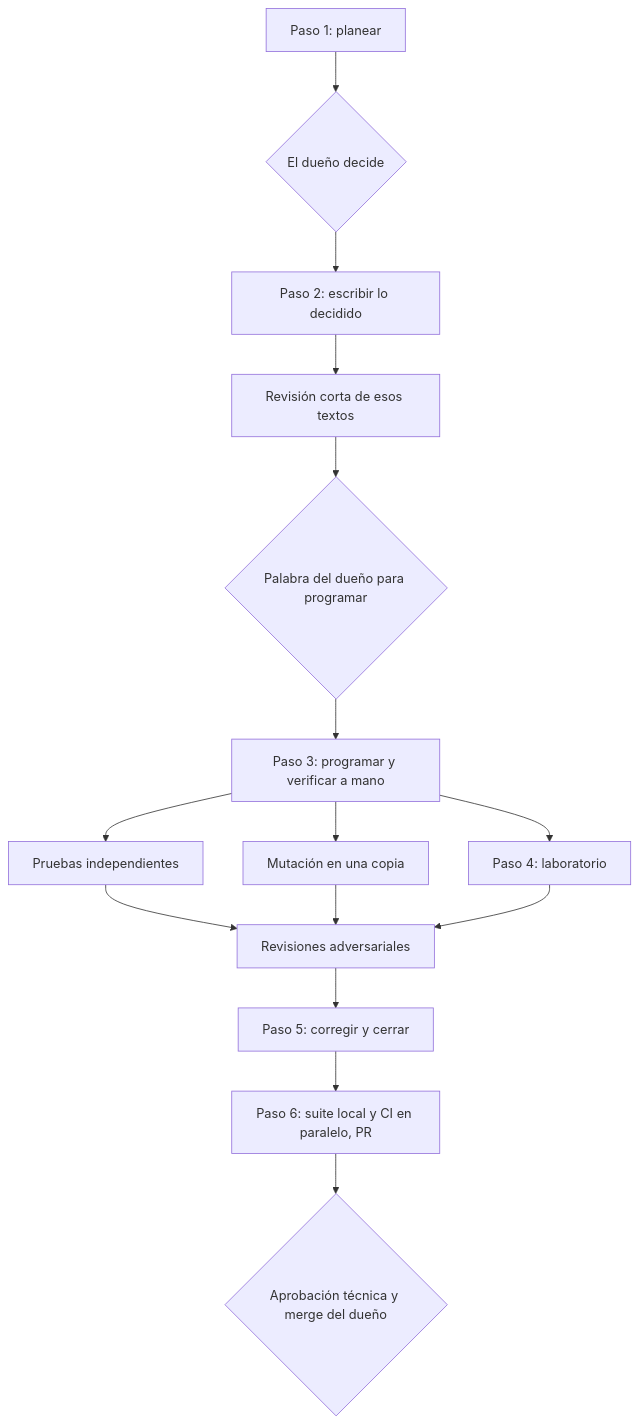
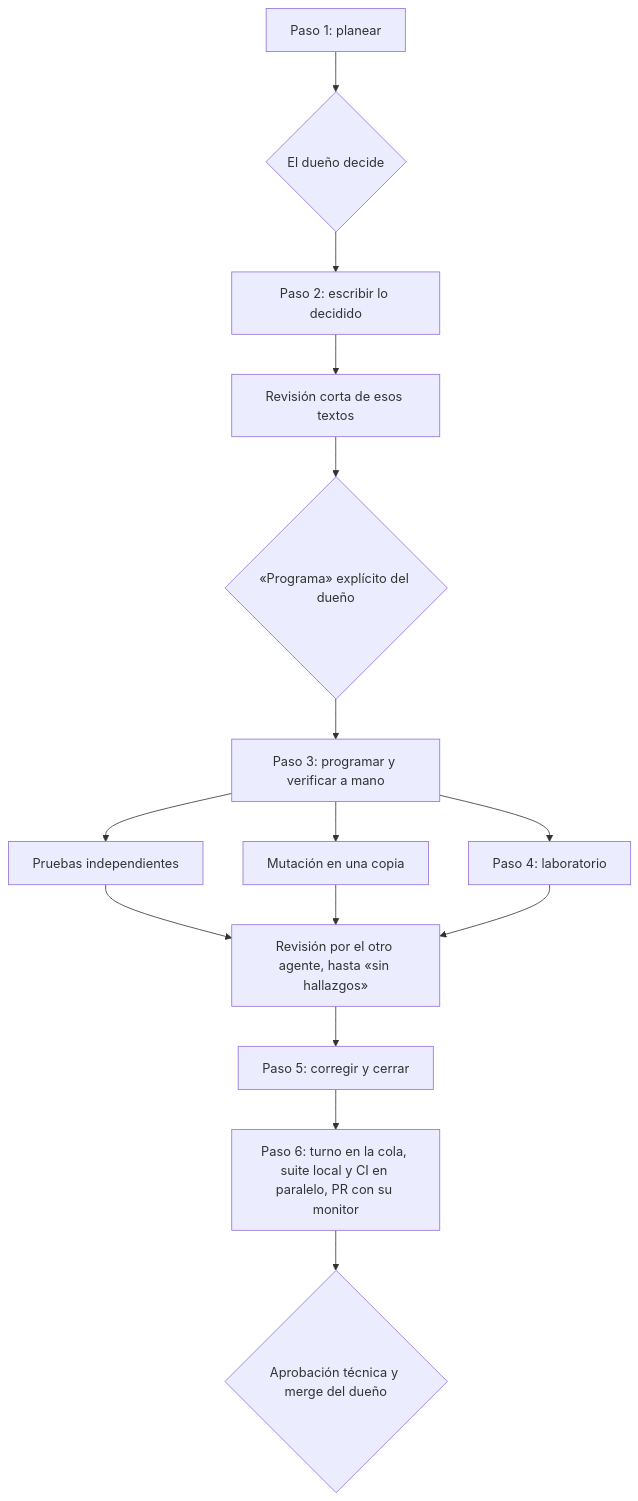
Before and after one commit to MarcosSanchez7020/mm-method: the first of 2 diagrams in docs/es/guia.md, drawn with Mermaid. The commit also changed other lines of this file and 39 other files, not shown here.

First line of the commit message:
Metodología 2.0.0: mapa del plan, hub, orquestación y revisión por el otro agente

````diff
--- a/docs/es/guia.md
+++ b/docs/es/guia.md
@@ -114,17 +117,17 @@
 ```mermaid
 flowchart TD
     A[Paso 1: planear] --> B{El dueño decide}
     B --> C[Paso 2: escribir lo decidido]
     C --> D[Revisión corta de esos textos]
-    D --> E{Palabra del dueño para programar}
+    D --> E{«Programa» explícito del dueño}
     E --> F[Paso 3: programar y verificar a mano]
     F --> G[Pruebas independientes]
     F --> H[Mutación en una copia]
     F --> I[Paso 4: laboratorio]
-    G --> J[Revisiones adversariales]
+    G --> J[Revisión por el otro agente, hasta «sin hallazgos»]
     H --> J
     I --> J
     J --> K[Paso 5: corregir y cerrar]
-    K --> L[Paso 6: suite local y CI en paralelo, PR]
+    K --> L[Paso 6: turno en la cola, suite local y CI en paralelo, PR con su monitor]
     L --> M{Aprobación técnica y merge del dueño}
 ```
````
